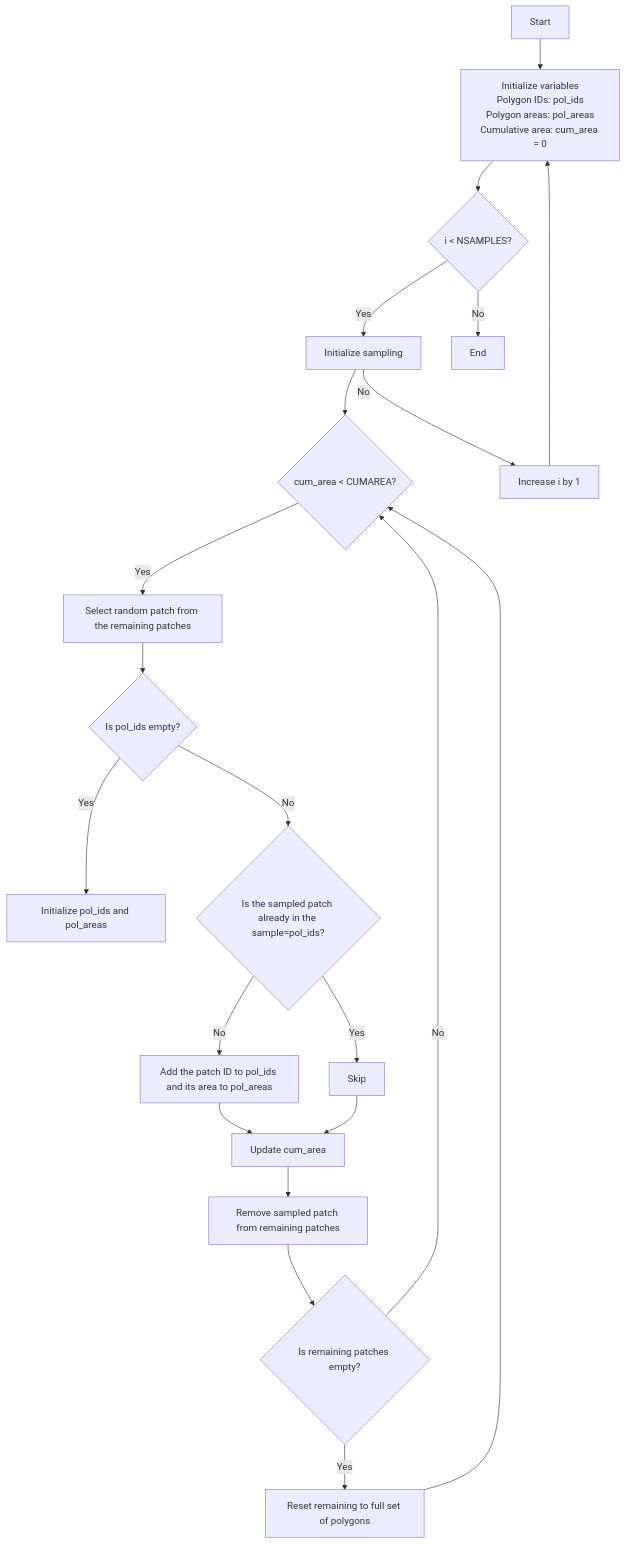
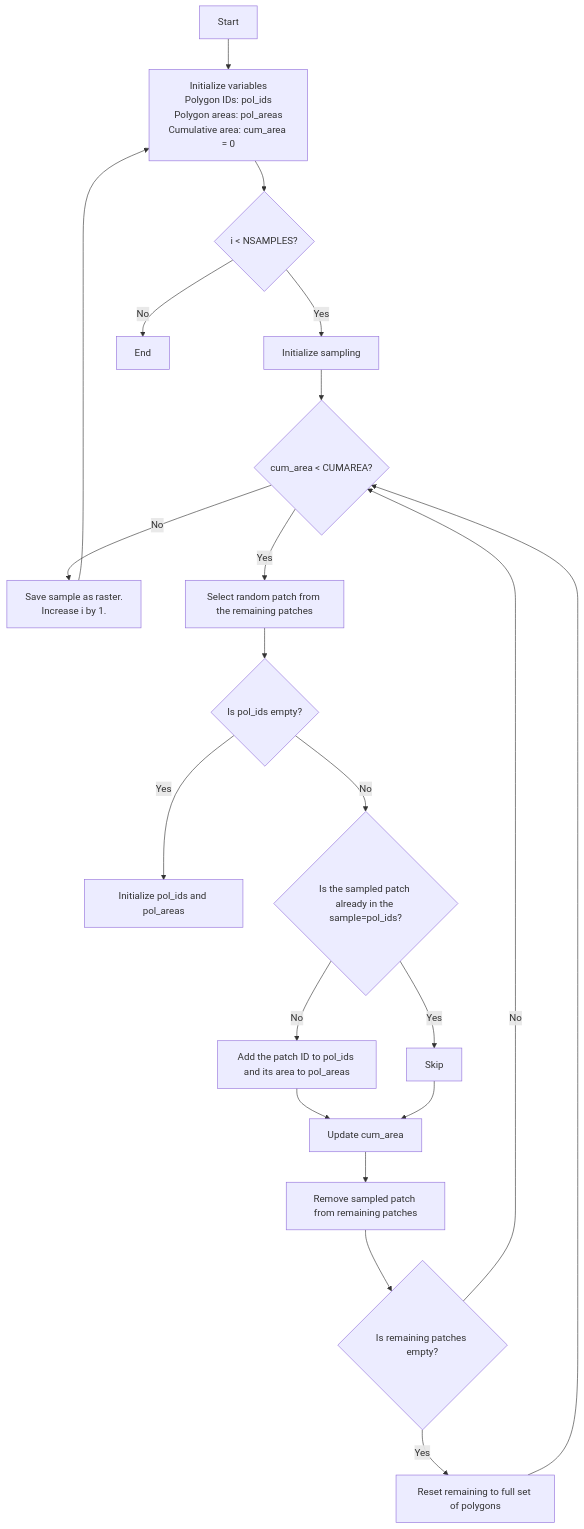
Before and after one commit to ManuelPopp/ZHConnect: the second of 2 diagrams in README.md, drawn with Mermaid.

````diff
--- a/README.md
+++ b/README.md
@@ -46,23 +46,23 @@
 ```mermaid
 flowchart TD
   A[Start] --> B[Initialize variables<br>Polygon IDs: pol_ids<br>Polygon areas: pol_areas<br>Cumulative area: cum_area = 0]
   B --> C{i < NSAMPLES?}
   C -- Yes --> D[Initialize sampling]
   D --> E{cum_area < CUMAREA?}
-  D -- No --> Z[Increase i by 1]
+  E -- No --> Z[Save sample as raster.<br>Increase i by 1.]
   Z --> B
   E -- Yes --> F[Select random patch from the remaining patches]
   F --> G{Is pol_ids empty?}
   G -- Yes --> I[Initialize pol_ids and pol_areas]
   G -- No --> H{Is the sampled patch already in the sample=pol_ids?}
   H -- No --> J[Add the patch ID to pol_ids and its area to pol_areas]
   H -- Yes --> K[Skip]
   J --> L[Update cum_area]
   K --> L
   L --> M[Remove sampled patch from remaining patches]
   M --> N{Is remaining patches empty?}
   N -- Yes --> O[Reset remaining to full set of polygons]
   N -- No --> E
   O --> E
   C -- No --> P[End]
 ```
````
